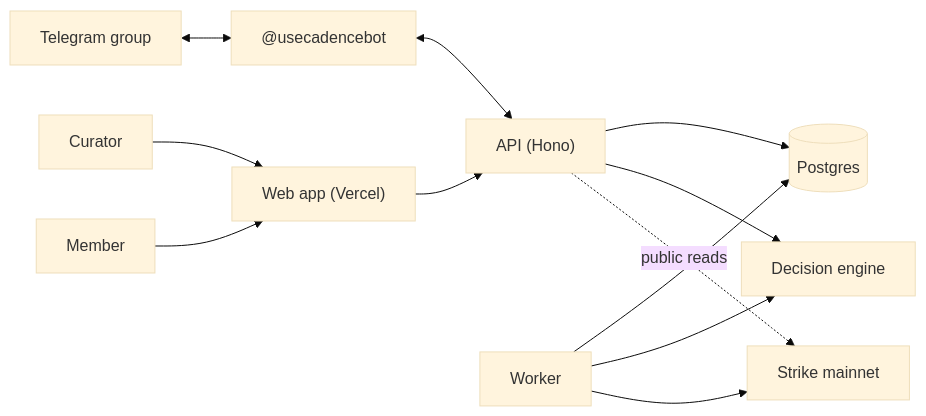
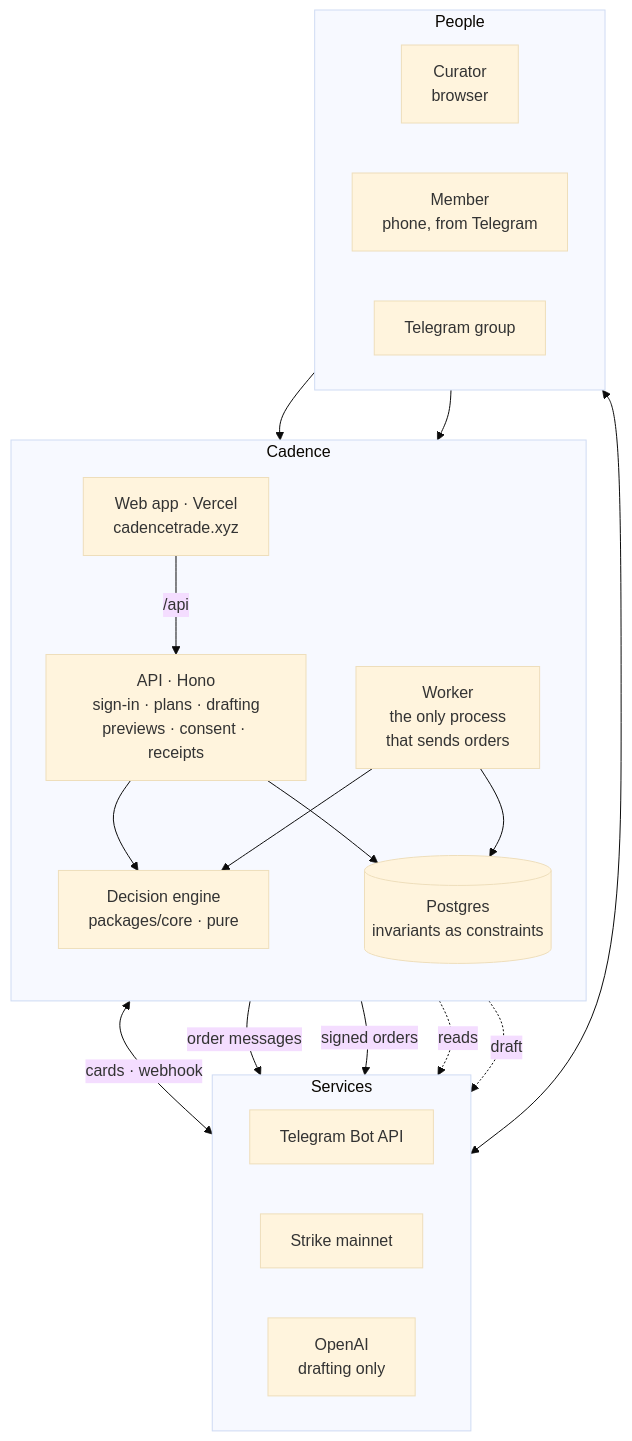
Before and after one commit to Enoch208/cadence: the second of 7 diagrams in README.md, drawn with Mermaid (base theme). The commit also changed other lines of this file and 1 other file, not shown here.

First line of the commit message:
docs: document the architecture, guarantees and mainnet run in depth

````diff
--- a/README.md
+++ b/README.md
@@ -128,14 +142,39 @@
 ```mermaid
-flowchart LR
-  Curator["Curator"] --> Web["Web app (Vercel)"]
-  Member["Member"] --> Web
-  Group["Telegram group"] <--> Bot["@usecadencebot"]
-  Bot <--> API
-  Web --> API["API (Hono)"]
-  API --> DB[("Postgres")]
-  API --> Engine["Decision engine"]
-  Worker["Worker"] --> DB
-  Worker --> Engine
-  Worker --> Strike["Strike mainnet"]
-  API -. public reads .-> Strike
+flowchart TB
+    subgraph People
+        direction LR
+        Curator["Curator<br/>browser"]
+        Member["Member<br/>phone, from Telegram"]
+        Group["Telegram group"]
+    end
+
+    subgraph Cadence["Cadence"]
+        direction TB
+        Web["Web app · Vercel<br/>cadencetrade.xyz"]
+        API["API · Hono<br/>sign-in · plans · drafting<br/>previews · consent · receipts"]
+        Worker["Worker<br/>the only process<br/>that sends orders"]
+        Engine["Decision engine<br/>packages/core · pure"]
+        DB[("Postgres<br/>invariants as constraints")]
+    end
+
+    subgraph Outside["Services"]
+        direction LR
+        TG["Telegram Bot API"]
+        Strike["Strike mainnet"]
+        AI["OpenAI<br/>drafting only"]
+    end
+
+    Curator --> Web
+    Member --> Web
+    Group <--> TG
+    Web -- "/api" --> API
+    API --> Engine
+    Worker --> Engine
+    API --> DB
+    Worker --> DB
+    API <-- "cards · webhook" --> TG
+    Worker -- "order messages" --> TG
+    Worker -- "signed orders" --> Strike
+    API -. "reads" .-> Strike
+    API -. "draft" .-> AI
 ```
````
